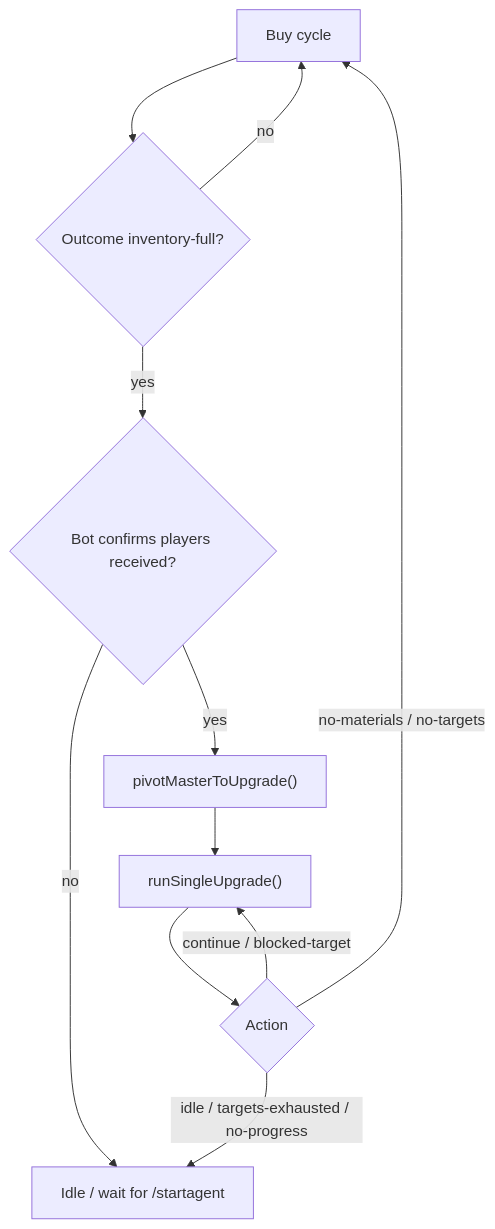
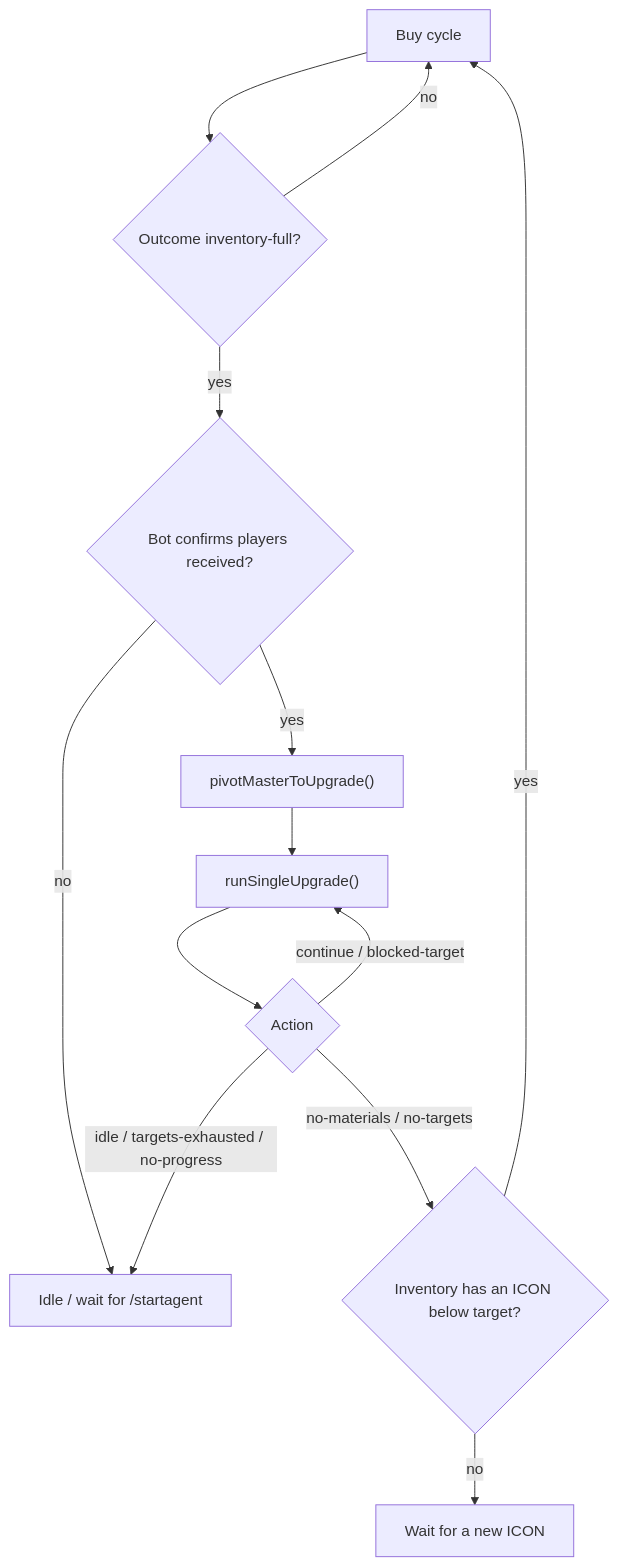
The first of 2 diagrams in docs/upgrade-workflow.md (NgoNguyenVu/FO4-Agent), drawn with Mermaid before and after one commit. The commit also changed other lines of this file and 17 other files, not shown here.

````diff
--- a/docs/upgrade-workflow.md
+++ b/docs/upgrade-workflow.md
@@ -16,13 +16,15 @@
 ```mermaid
 flowchart TD
   BUY["Buy cycle"] --> INV{"Outcome inventory-full?"}
   INV -- no --> BUY
   INV -- yes --> RECEIPT{"Bot confirms players received?"}
   RECEIPT -- no --> IDLE["Idle / wait for /startagent"]
   RECEIPT -- yes --> PIVOT["pivotMasterToUpgrade()"]
   PIVOT --> RUN["runSingleUpgrade()"]
   RUN --> DECIDE{"Action"}
   DECIDE -- continue / blocked-target --> RUN
-  DECIDE -- no-materials / no-targets --> BUY
+  DECIDE -- no-materials / no-targets --> CHECK{"Inventory has an ICON below target?"}
+  CHECK -- yes --> BUY
+  CHECK -- no --> WAIT["Wait for a new ICON"]
   DECIDE -- idle / targets-exhausted / no-progress --> IDLE
 ```
````
